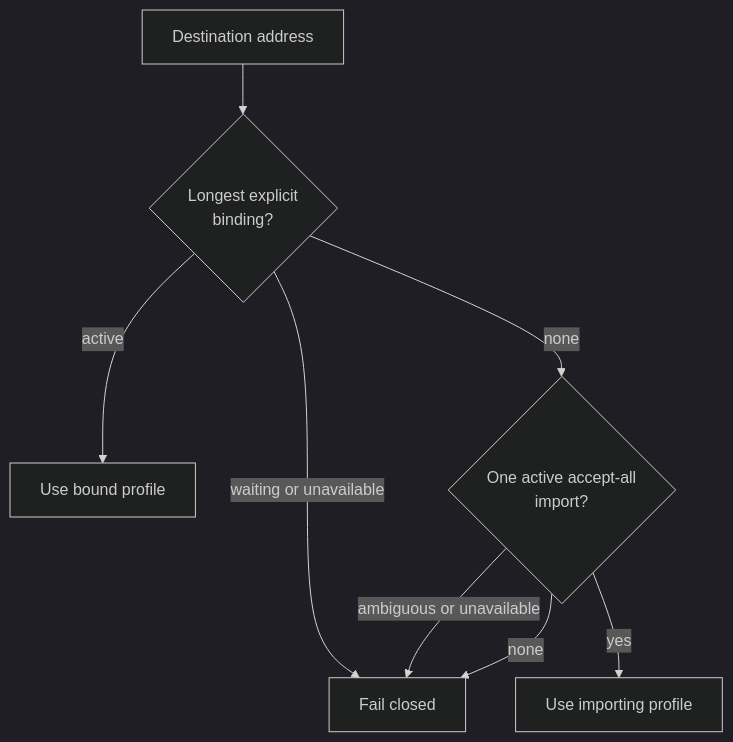
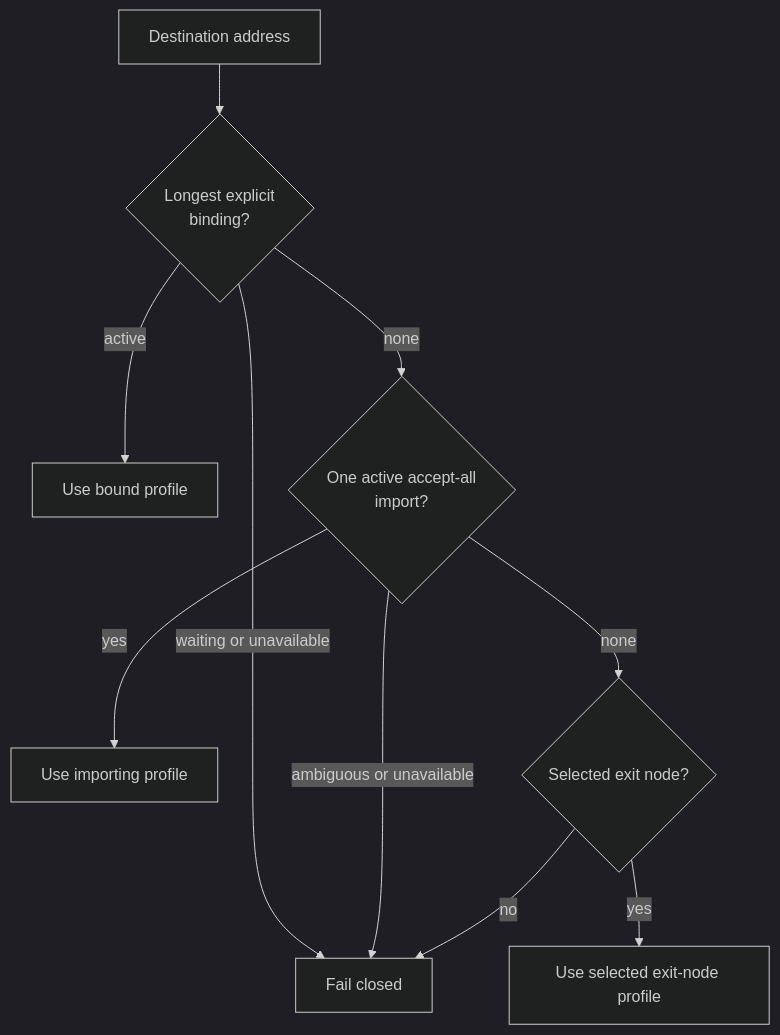
One commit to maisem/tailmix changed the second of 5 diagrams in docs/architecture.md. Above: the diagram before and after it, drawn with Mermaid (dark theme). The commit also changed other lines of this file and 39 other files, not shown here.

````diff
--- a/docs/architecture.md
+++ b/docs/architecture.md
@@ -150,10 +151,12 @@
 ```mermaid
 flowchart TD
     Packet["Destination address"] --> Exact{"Longest explicit<br/>binding?"}
     Exact -->|active| Bound["Use bound profile"]
     Exact -->|waiting or unavailable| Drop["Fail closed"]
     Exact -->|none| Imported{"One active accept-all<br/>import?"}
     Imported -->|yes| Accepted["Use importing profile"]
     Imported -->|ambiguous or unavailable| Drop
-    Imported -->|none| Drop
+    Imported -->|none| Exit{"Selected exit node?"}
+    Exit -->|yes| Default["Use selected exit-node profile"]
+    Exit -->|no| Drop
 ```
````
